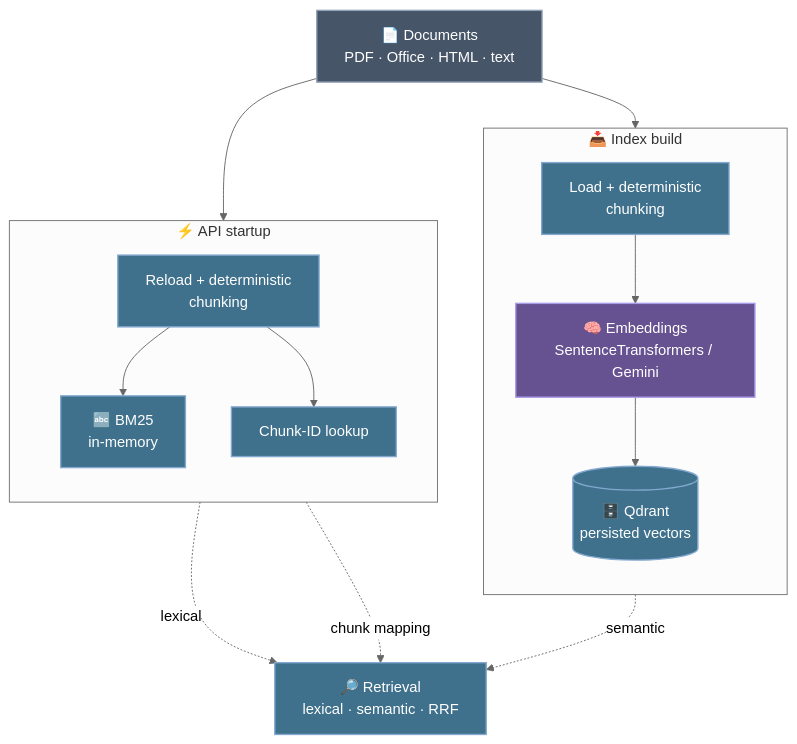
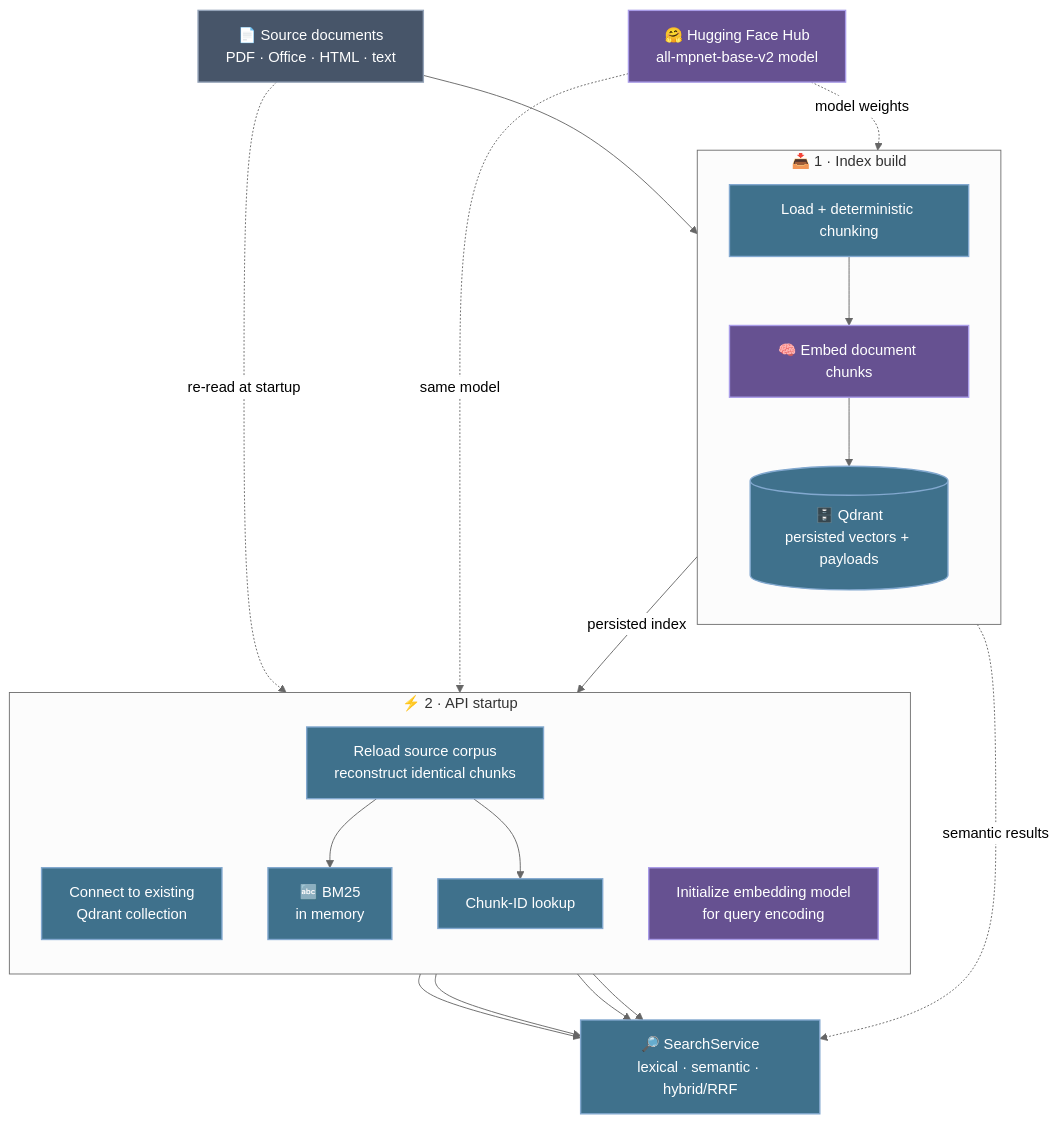
The second of 3 diagrams in README.md (bksampadi/SignalRank-RAG), drawn with Mermaid (neutral theme) before and after one commit. The commit also changed other lines of this file, not shown here.

Commit message:
Correct project structure and simplify deployment documentation

````diff
--- a/README.md
+++ b/README.md
@@ -104,30 +104,42 @@
 ```mermaid
 flowchart TB
-    DOCS["📄 Documents<br/>PDF · Office · HTML · text"]
+    DOCS["📄 Source documents<br/>PDF · Office · HTML · text"]
+    HF["🤗 Hugging Face Hub<br/>all-mpnet-base-v2 model"]
 
-    subgraph INDEX["📥 Index build"]
+    subgraph BUILD["📥 1 · Index build"]
         direction TB
-        LOAD["Load + deterministic<br/>chunking"] --> EMB["🧠 Embeddings<br/>SentenceTransformers / Gemini"] --> QD[("🗄️ Qdrant<br/>persisted vectors")]
+        LOAD["Load + deterministic chunking"] --> EMB["🧠 Embed document chunks"]
+        EMB --> QD[("🗄️ Qdrant<br/>persisted vectors + payloads")]
     end
 
-    subgraph STARTUP["⚡ API startup"]
+    subgraph STARTUP["⚡ 2 · API startup"]
         direction TB
-        RELOAD["Reload + deterministic<br/>chunking"] --> BM["🔤 BM25<br/>in-memory"]
-        RELOAD --> IDS["Chunk-ID lookup"]
+        ATTACH["Connect to existing<br/>Qdrant collection"]
+        RELOAD["Reload source corpus<br/>reconstruct identical chunks"]
+        MODEL["Initialize embedding model<br/>for query encoding"]
+        BM["🔤 BM25<br/>in memory"]
+        IDS["Chunk-ID lookup"]
+        RELOAD --> BM
+        RELOAD --> IDS
     end
 
-    SRCH["🔎 Retrieval<br/>lexical · semantic · RRF"]
+    SEARCH["🔎 SearchService<br/>lexical · semantic · hybrid/RRF"]
 
     DOCS --> LOAD
-    DOCS --> RELOAD
-    BM -. lexical .-> SRCH
-    QD -. semantic .-> SRCH
-    IDS -. chunk mapping .-> SRCH
+    HF -.->|model weights| EMB
+    QD -->|persisted index| ATTACH
+    DOCS -.->|re-read at startup| RELOAD
+    HF -.->|same model| MODEL
+    ATTACH --> SEARCH
+    BM --> SEARCH
+    IDS --> SEARCH
+    MODEL --> SEARCH
+    QD -. semantic results .-> SEARCH
 
     classDef ai fill:#665191,stroke:#A99CE8,stroke-width:1.5px,color:#ffffff
     classDef rag fill:#3F718C,stroke:#82A8CF,stroke-width:1.5px,color:#ffffff
     classDef neutral fill:#475569,stroke:#94A3B8,stroke-width:1.5px,color:#ffffff
-    class EMB ai
-    class LOAD,QD,RELOAD,BM,IDS,SRCH rag
+    class HF,EMB,MODEL ai
+    class LOAD,QD,ATTACH,RELOAD,BM,IDS,SEARCH rag
     class DOCS neutral
 ```
````
